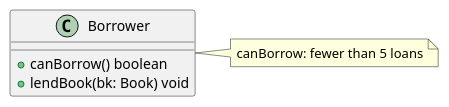
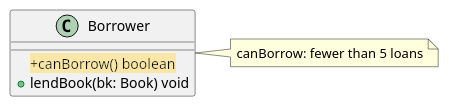
Before and after one commit to HAN-Craftsmanship-KL-JJG/oose-study: the fourth of 23 diagrams in app/check-design/_sections/common-mistakes-before-and-after.mdx, drawn with PlantUML. The commit also changed other lines of this file and 37 other files, not shown here.

````diff
--- a/app/check-design/_sections/common-mistakes-before-and-after.mdx
+++ b/app/check-design/_sections/common-mistakes-before-and-after.mdx
@@ -43,7 +43,7 @@
 ```plantuml
     class Borrower {
-        +canBorrow() boolean
+        <back:#F9E7A8>+canBorrow() boolean</back>
         +lendBook(bk: Book) void
     }
     note right of Borrower : canBorrow: fewer than 5 loans
 ```
````
